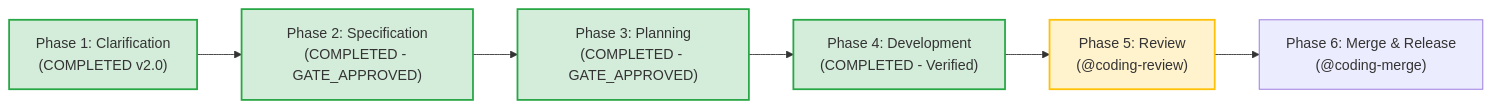
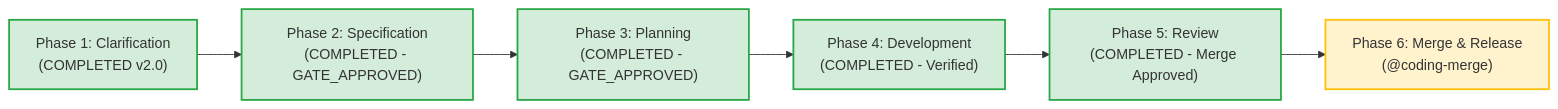
The fifth of 5 diagrams in features/agent-display-names-and-plugin-renames.md (gpfister/agentic-obsidian), drawn with Mermaid before and after one commit. The commit also changed other lines of this file and 3 other files, not shown here.

Commit message:
docs(vault): record Phase 5 review approval and pre-merge documentation tidy-up

````diff
--- a/features/agent-display-names-and-plugin-renames.md
+++ b/features/agent-display-names-and-plugin-renames.md
@@ -426,14 +430,15 @@
 ```mermaid
 flowchart LR
     P1["Phase 1: Clarification<br/>(COMPLETED v2.0)"] --> P2["Phase 2: Specification<br/>(COMPLETED - GATE_APPROVED)"]
     P2 --> P3["Phase 3: Planning<br/>(COMPLETED - GATE_APPROVED)"]
     P3 --> P4["Phase 4: Development<br/>(COMPLETED - Verified)"]
-    P4 --> P5["Phase 5: Review<br/>(@coding-review)"]
+    P4 --> P5["Phase 5: Review<br/>(COMPLETED - Merge Approved)"]
     P5 --> P6["Phase 6: Merge & Release<br/>(@coding-merge)"]
 
     style P1 fill:#d4edda,stroke:#28a745,stroke-width:2px
     style P2 fill:#d4edda,stroke:#28a745,stroke-width:2px
     style P3 fill:#d4edda,stroke:#28a745,stroke-width:2px
     style P4 fill:#d4edda,stroke:#28a745,stroke-width:2px
-    style P5 fill:#fff3cd,stroke:#ffc107,stroke-width:2px
+    style P5 fill:#d4edda,stroke:#28a745,stroke-width:2px
+    style P6 fill:#fff3cd,stroke:#ffc107,stroke-width:2px
 ```
````
